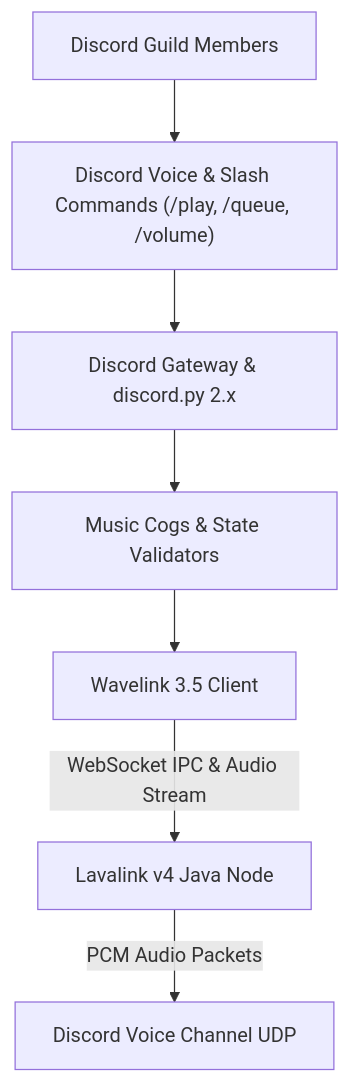
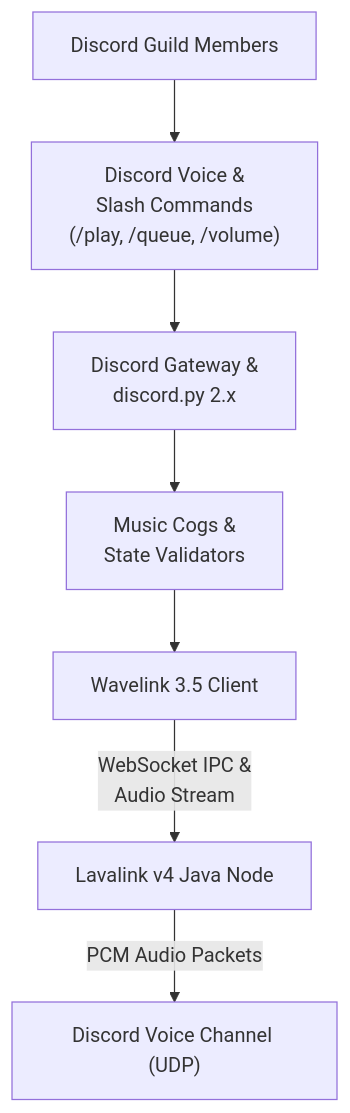
The diagram in README.md (ISBANDURAHUMAN-R/DISCORD-MUSIC-BOT), drawn with Mermaid before and after one commit.

Commit message:
docs: fix Mermaid diagram text visibility, wrapping and responsive layout

````diff
--- a/README.md
+++ b/README.md
@@ -12,9 +12,9 @@
 ```mermaid
 flowchart TD
-    User["Discord Guild Members"] --> Slash["Discord Voice & Slash Commands (/play, /queue, /volume)"]
-    Slash --> Gateway["Discord Gateway & discord.py 2.x"]
-    Gateway --> Cogs["Music Cogs & State Validators"]
+    User["Discord Guild Members"] --> Slash["Discord Voice &<br/>Slash Commands<br/>(/play, /queue, /volume)"]
+    Slash --> Gateway["Discord Gateway &<br/>discord.py 2.x"]
+    Gateway --> Cogs["Music Cogs &<br/>State Validators"]
     Cogs --> Wavelink["Wavelink 3.5 Client"]
-    Wavelink -->|"WebSocket IPC & Audio Stream"| Lavalink["Lavalink v4 Java Node"]
-    Lavalink -->|"PCM Audio Packets"| VoiceChannel["Discord Voice Channel UDP"]
+    Wavelink -->|"WebSocket IPC &<br/>Audio Stream"| Lavalink["Lavalink v4 Java Node"]
+    Lavalink -->|"PCM Audio Packets"| VoiceChannel["Discord Voice Channel (UDP)"]
 ```
````
